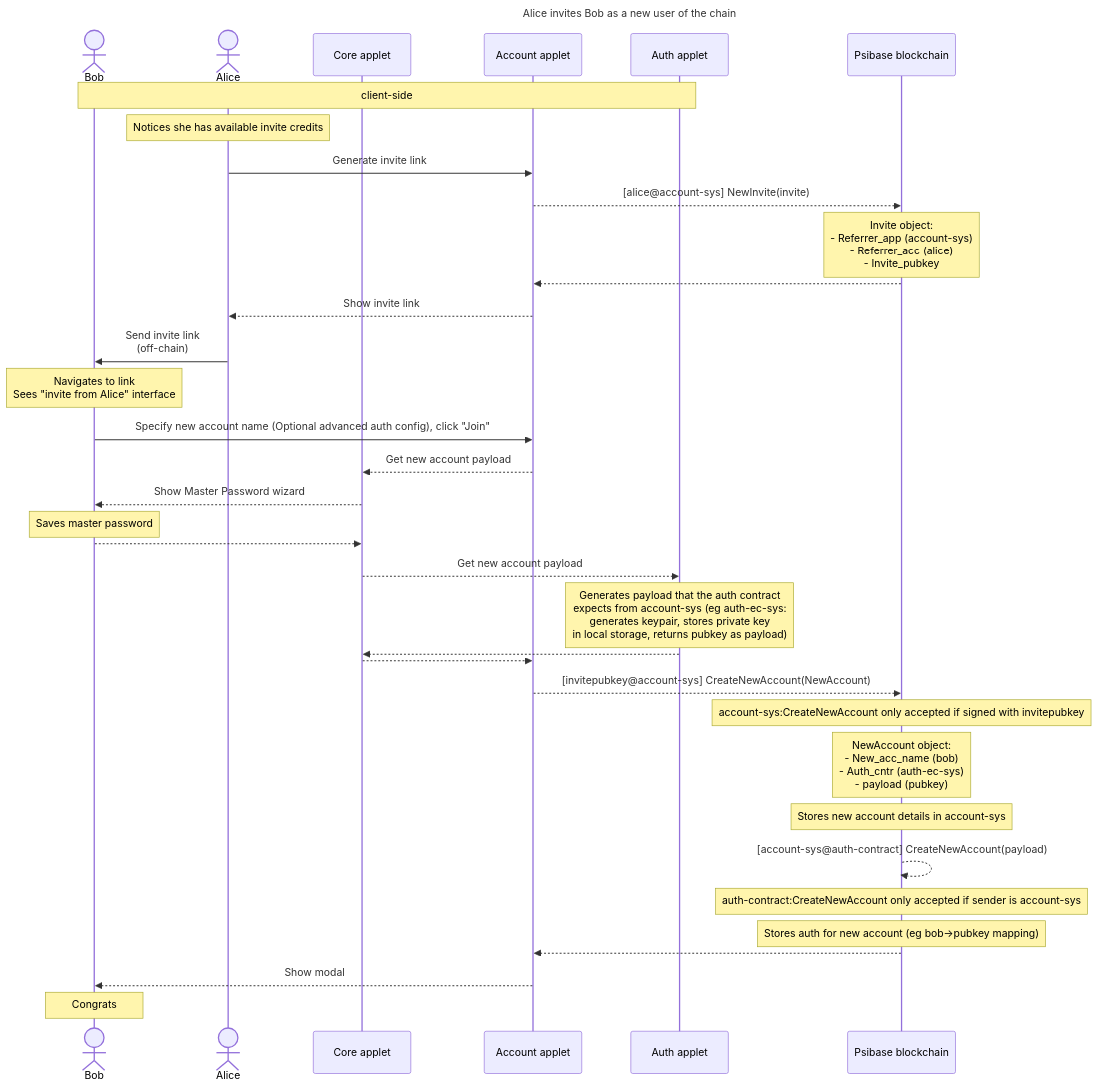
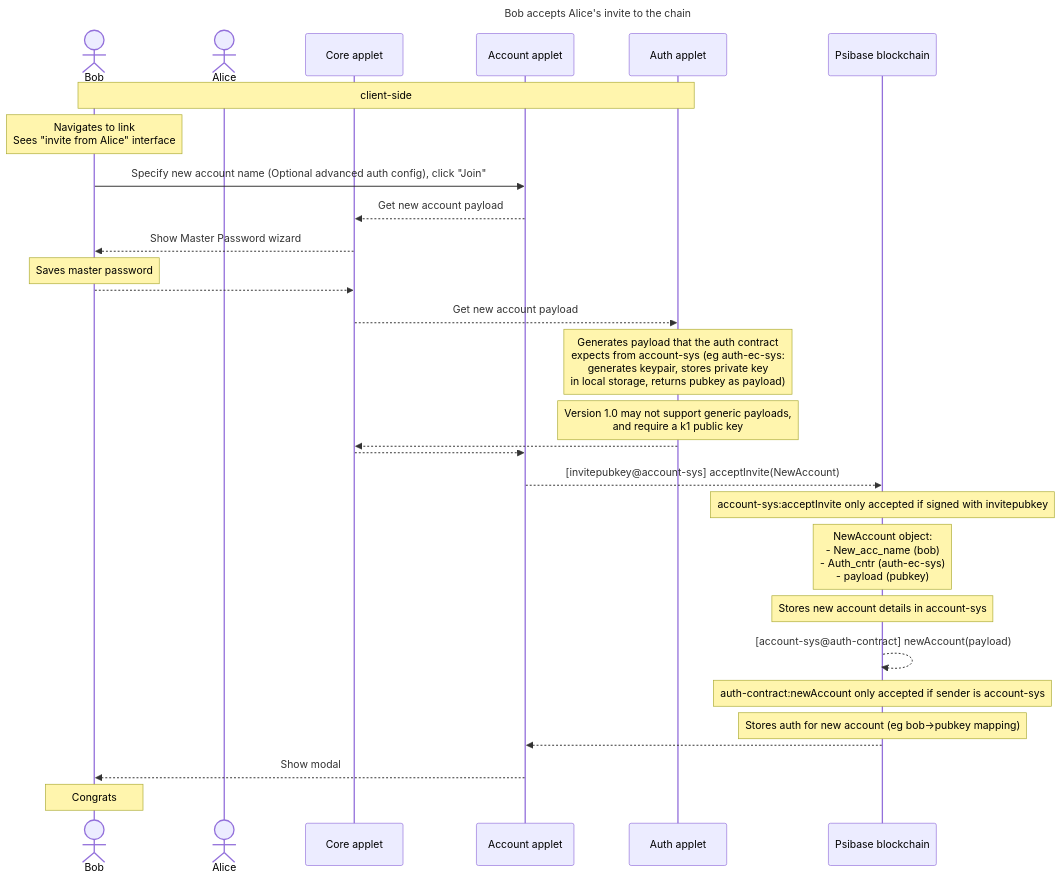
The second of 2 diagrams in doc/diagrams/invite-new-user.md (gofractally/psibase), drawn with Mermaid before and after one commit. The commit also changed other lines of this file, not shown here.

Commit message:
separate new user diagram into 2: generate invite, accept invite

````diff
--- a/doc/diagrams/invite-new-user.md
+++ b/doc/diagrams/invite-new-user.md
@@ -1,43 +22,34 @@
 ```mermaid
-
 sequenceDiagram
 
-   title Alice invites Bob as a new user of the chain
+   title Bob accepts Alice's invite to the chain
    actor Bob
    actor Alice
    participant Core applet
    participant Account applet
    participant Auth applet
    participant Psibase blockchain
-
    note over Bob, Auth applet: client-side
-
-   note over Alice: Notices she has available invite credits
-   Alice->>Account applet: Generate invite link
-   Account applet-->>Psibase blockchain: [alice@account-sys] NewInvite(invite)
-   Note over Psibase blockchain: Invite object: <br>  - Referrer_app (account-sys)<br>  - Referrer_acc (alice)<br>  - Invite_pubkey
-   Psibase blockchain-->>Account applet: 
-   Account applet-->>Alice: Show invite link
-   Alice->>Bob: Send invite link <br>(off-chain)
 
    Note over Bob: Navigates to link<br>Sees "invite from Alice" interface
    Bob->>Account applet: Specify new account name (Optional advanced auth config), click "Join"
    Account applet-->>Core applet: Get new account payload
    Core applet-->>Bob: Show Master Password wizard
    Note over Bob: Saves master password
    Bob-->>Core applet: 
    Core applet-->>Auth applet: Get new account payload
    Note over Auth applet: Generates payload that the auth contract<br> expects from account-sys (eg auth-ec-sys:<br>generates keypair, stores private key <br>in local storage, returns pubkey as payload)
+   Note over Auth applet: Version 1.0 may not support generic payloads, <br>and require a k1 public key
    Auth applet-->>Core applet: 
    Core applet-->>Account applet: 
-   Account applet-->>Psibase blockchain: [invitepubkey@account-sys] CreateNewAccount(NewAccount)
-   Note over Psibase blockchain: account-sys:CreateNewAccount only accepted if signed with invitepubkey
+   Account applet-->>Psibase blockchain: [invitepubkey@account-sys] acceptInvite(NewAccount)
+   Note over Psibase blockchain: account-sys:acceptInvite only accepted if signed with invitepubkey
    Note over Psibase blockchain: NewAccount object: <br>  - New_acc_name (bob)<br>  - Auth_cntr (auth-ec-sys)<br>  - payload (pubkey)
    Note over Psibase blockchain: Stores new account details in account-sys
-   Psibase blockchain-->>Psibase blockchain: [account-sys@auth-contract] CreateNewAccount(payload)
-   Note over Psibase blockchain: auth-contract:CreateNewAccount only accepted if sender is account-sys
+   Psibase blockchain-->>Psibase blockchain: [account-sys@auth-contract] newAccount(payload)
+   Note over Psibase blockchain: auth-contract:newAccount only accepted if sender is account-sys
    Note over Psibase blockchain: Stores auth for new account (eg bob->pubkey mapping)
    Psibase blockchain-->>Account applet: 
    Account applet-->>Bob: Show modal
    Note over Bob: Congrats
 ```
````
